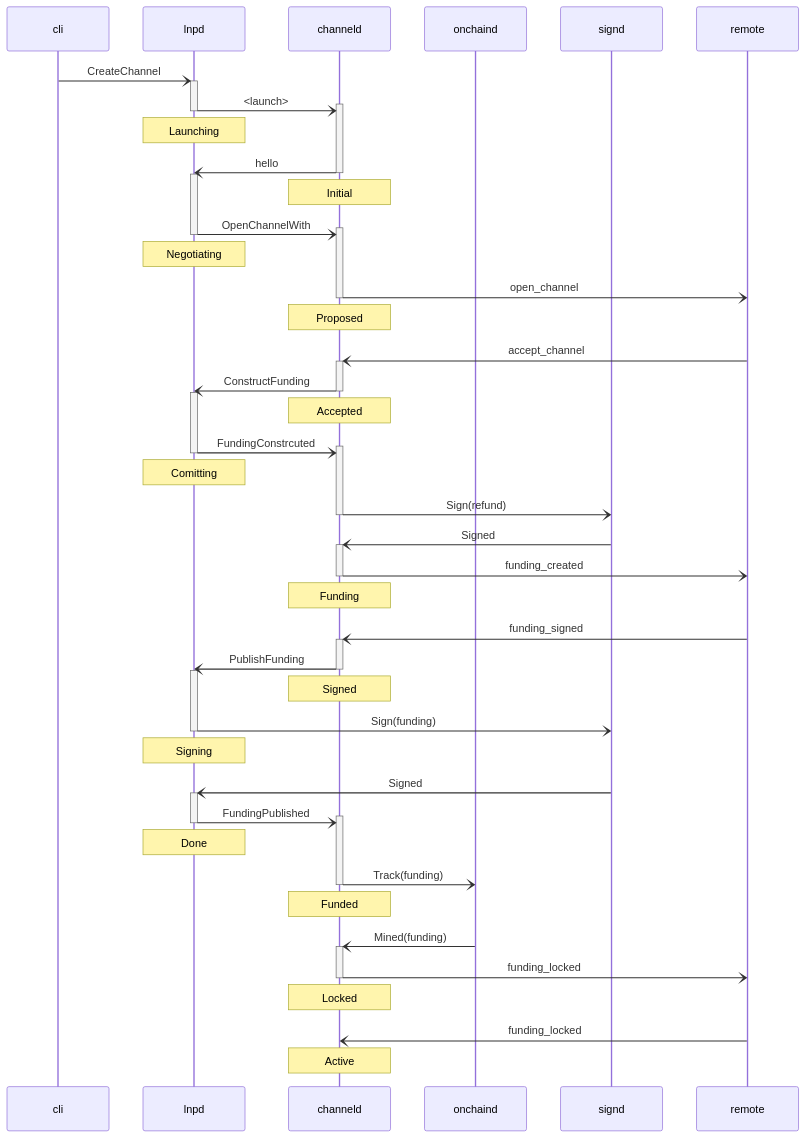
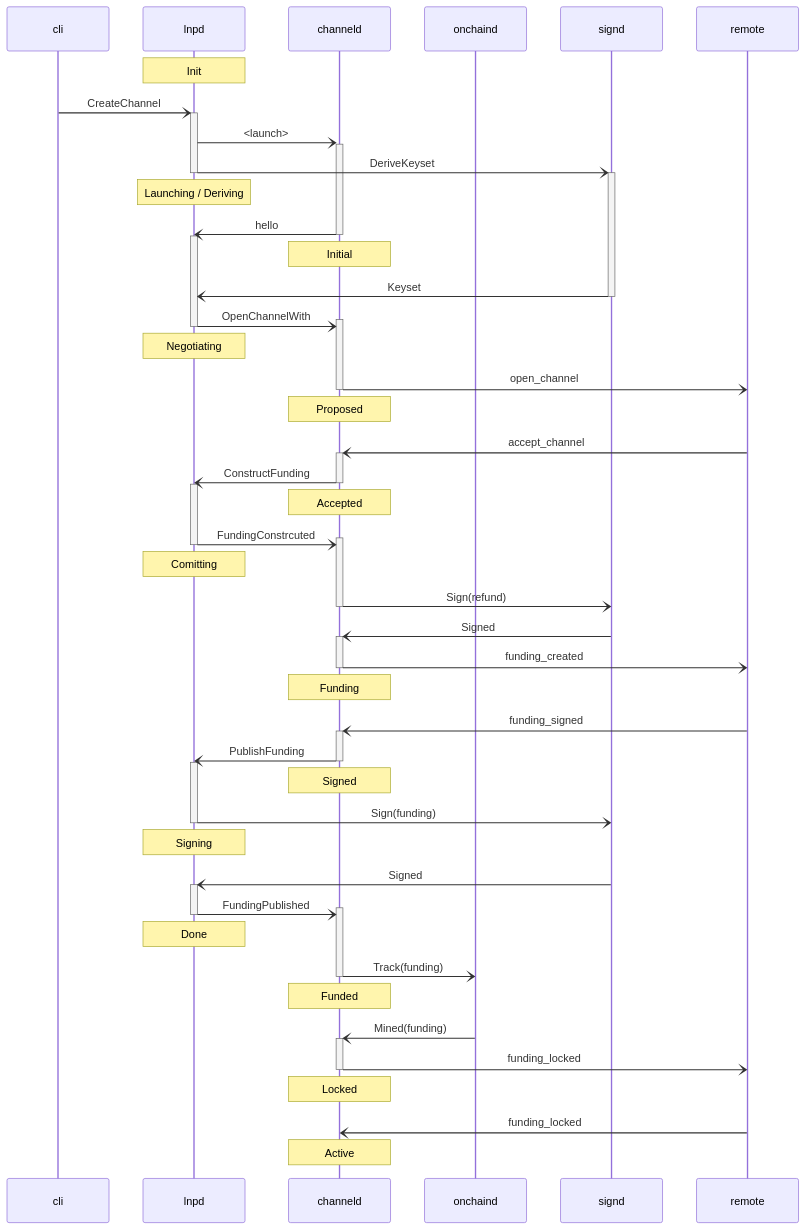
Before and after one commit to LNP-WG/lnp-node: the diagram in doc/workflows/channel_propose.mmd, drawn with Mermaid.

Commit message:
Update channel propose UML

```diff
--- a/doc/workflows/channel_propose.mmd
+++ b/doc/workflows/channel_propose.mmd
@@ -1,54 +1,57 @@
 sequenceDiagram
 
 participant cli
 participant lnpd
 participant channeld
 participant onchaind
 participant signd
 participant remote
 
+note over lnpd: Init
 cli -) +lnpd: CreateChannel
 lnpd -) +channeld: <launch>
+lnpd -) +signd: DeriveKeyset
 deactivate lnpd
-note over lnpd: Launching
+note over lnpd: Launching / Deriving
 channeld -) -lnpd: hello
 activate lnpd
 note over channeld: Initial
+signd -) -lnpd: Keyset
 lnpd -) +channeld: OpenChannelWith
 deactivate lnpd
 note over lnpd: Negotiating
 channeld -) -remote: open_channel
 note over channeld: Proposed
 
 remote -) +channeld: accept_channel
 channeld -) -lnpd: ConstructFunding
 activate lnpd
 note over channeld: Accepted
 lnpd -) +channeld: FundingConstrcuted
 deactivate lnpd
 note over lnpd: Comitting
 channeld -) -signd: Sign(refund)
 signd -) +channeld: Signed
 channeld -) -remote: funding_created
 note over channeld: Funding
 
 remote -) +channeld: funding_signed
 channeld -) -lnpd: PublishFunding
 activate lnpd
 note over channeld: Signed
 lnpd -) signd: Sign(funding)
 deactivate lnpd
 note over lnpd: Signing
 signd -) +lnpd: Signed
 lnpd -) +channeld: FundingPublished
 deactivate lnpd
 note over lnpd: Done
 channeld -) -onchaind: Track(funding)
 note over channeld: Funded
 
 onchaind -) +channeld: Mined(funding)
 channeld -) -remote: funding_locked
 note over channeld: Locked
 
 remote -) channeld: funding_locked
 note over channeld: Active
```
